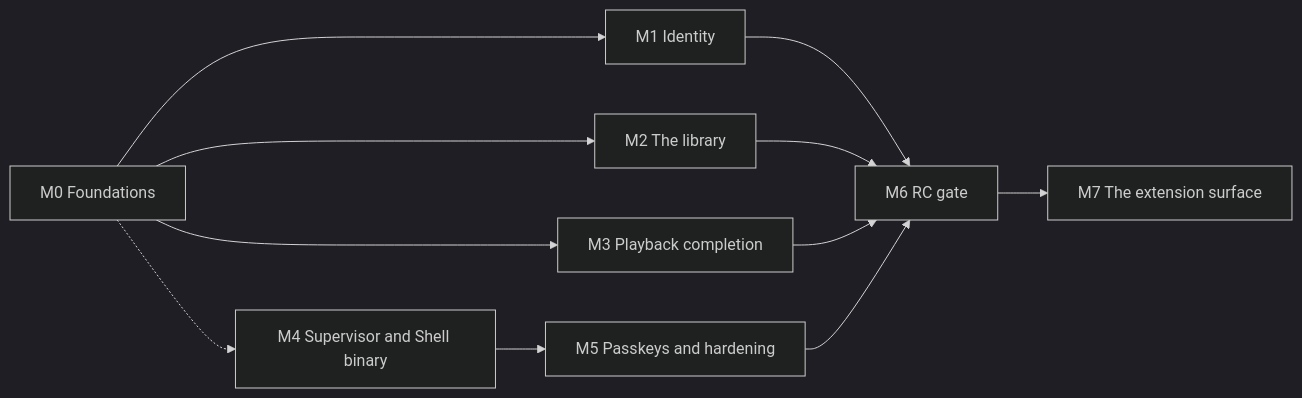
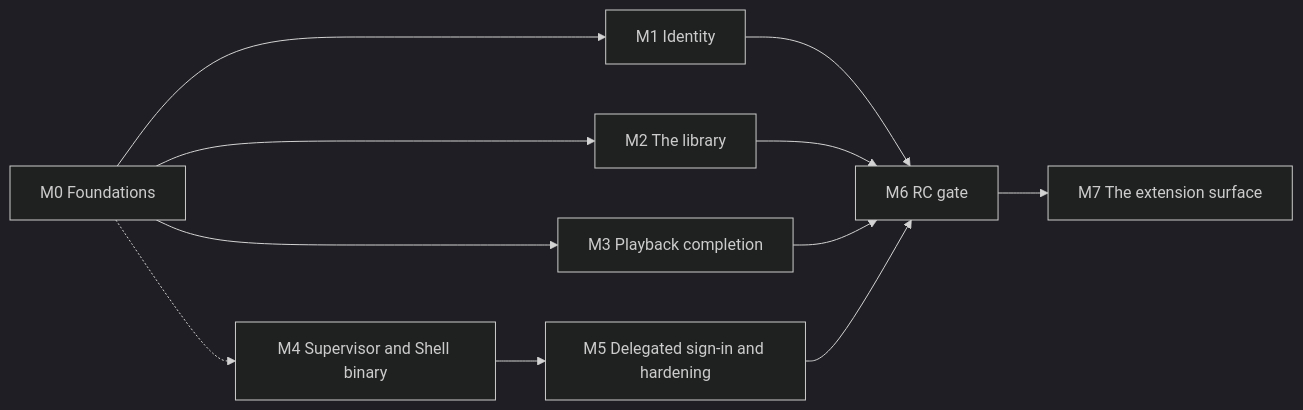
One commit to mosaic-media/architecture changed the diagram in docs/roadmap.md. Above: the diagram before and after it, drawn with Mermaid (dark theme). The commit also changed other lines of this file and 1 other file, not shown here.

````diff
--- a/docs/roadmap.md
+++ b/docs/roadmap.md
@@ -253,13 +253,13 @@
 ```mermaid
 graph LR
   M0[M0 Foundations] --> M1[M1 Identity]
   M0 --> M2[M2 The library]
   M0 --> M3[M3 Playback completion]
   M1 --> M6[M6 RC gate]
   M2 --> M6
   M3 --> M6
-  M4[M4 Supervisor and Shell binary] --> M5[M5 Passkeys and hardening]
+  M4[M4 Supervisor and Shell binary] --> M5[M5 Delegated sign-in and hardening]
   M5 --> M6
   M0 -.-> M4
   M6 --> M7[M7 The extension surface]
 ```
````
